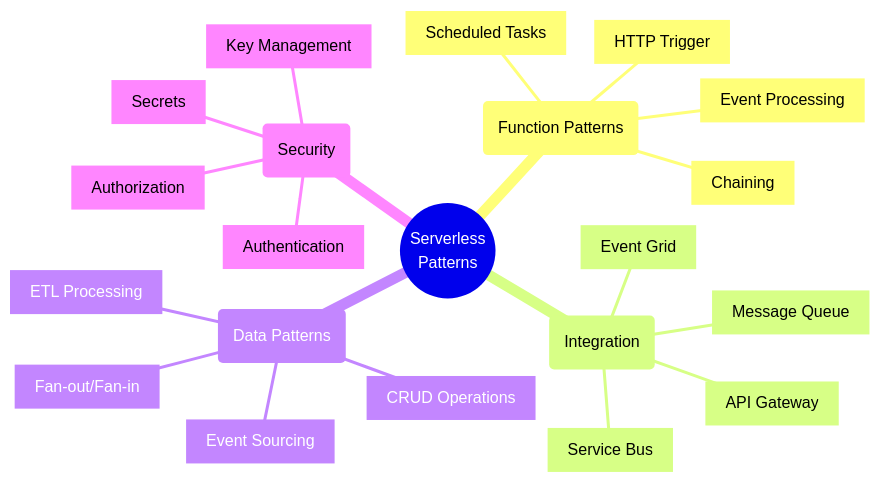
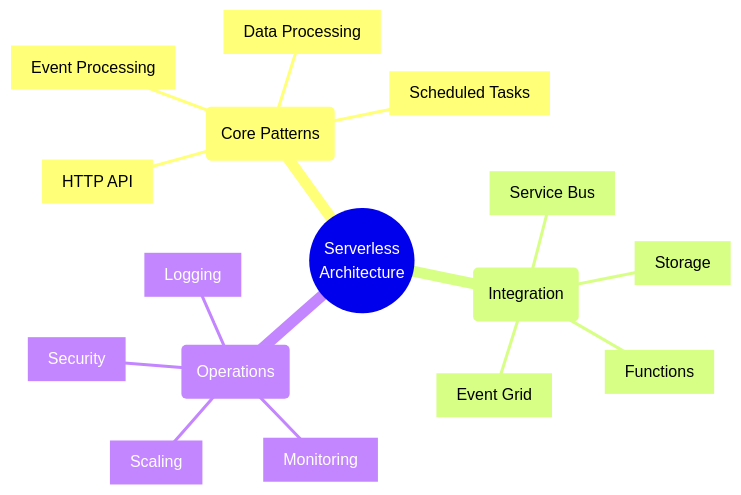
One commit to saravanakumarrc/Architecture_Journey changed the first of 6 diagrams in src/Serverless_Architecture_Patterns.md. Above: the diagram before and after it, drawn with Mermaid. The commit also changed other lines of this file and 4 other files, not shown here.

First line of the commit message:
Refactor Serverless Architecture Patterns and Testing Best Practices documentation

````diff
--- a/src/Serverless_Architecture_Patterns.md
+++ b/src/Serverless_Architecture_Patterns.md
@@ -3,25 +5,20 @@
 ```mermaid
 mindmap
     root((Serverless
-        Patterns))
-        (Function Patterns)
-            [HTTP Trigger]
+        Architecture))
+        (Core Patterns)
+            [HTTP API]
             [Event Processing]
             [Scheduled Tasks]
-            [Chaining]
+            [Data Processing]
         (Integration)
-            [API Gateway]
-            [Message Queue]
             [Event Grid]
             [Service Bus]
-        (Data Patterns)
-            [CRUD Operations]
-            [Event Sourcing]
-            [Fan-out/Fan-in]
-            [ETL Processing]
-        (Security)
-            [Authentication]
-            [Authorization]
-            [Key Management]
-            [Secrets]
+            [Storage]
+            [Functions]
+        (Operations)
+            [Monitoring]
+            [Logging]
+            [Security]
+            [Scaling]
 ```
````
